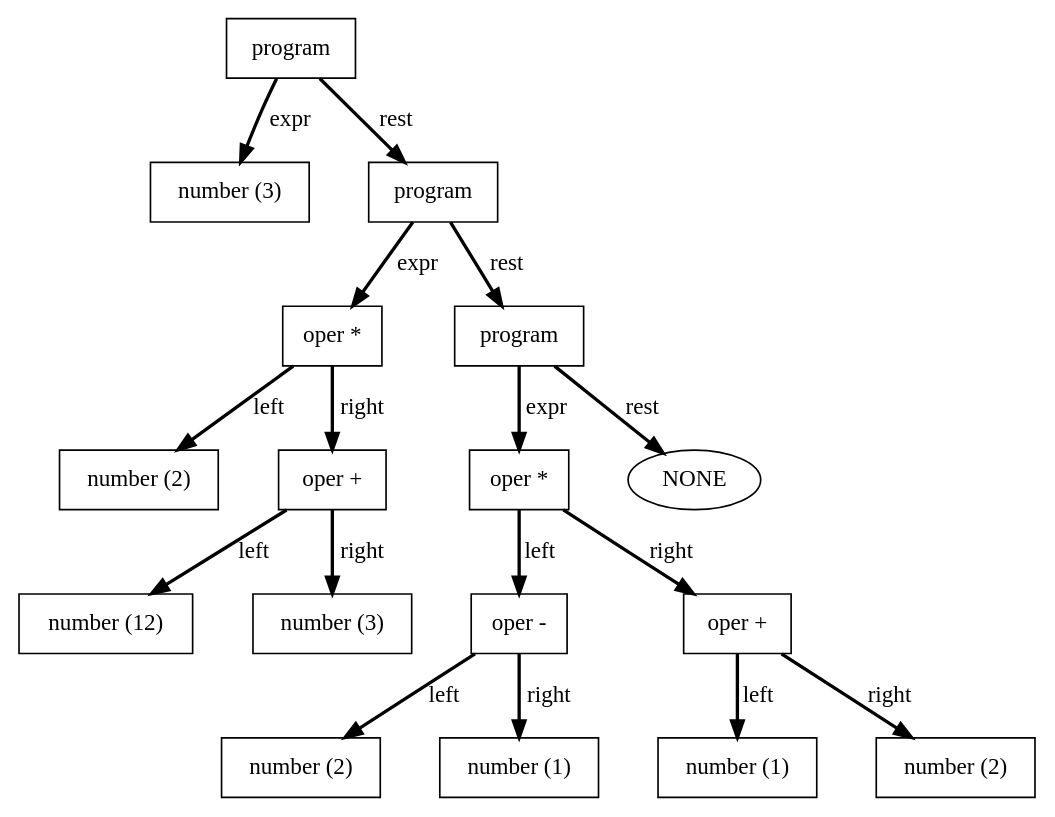
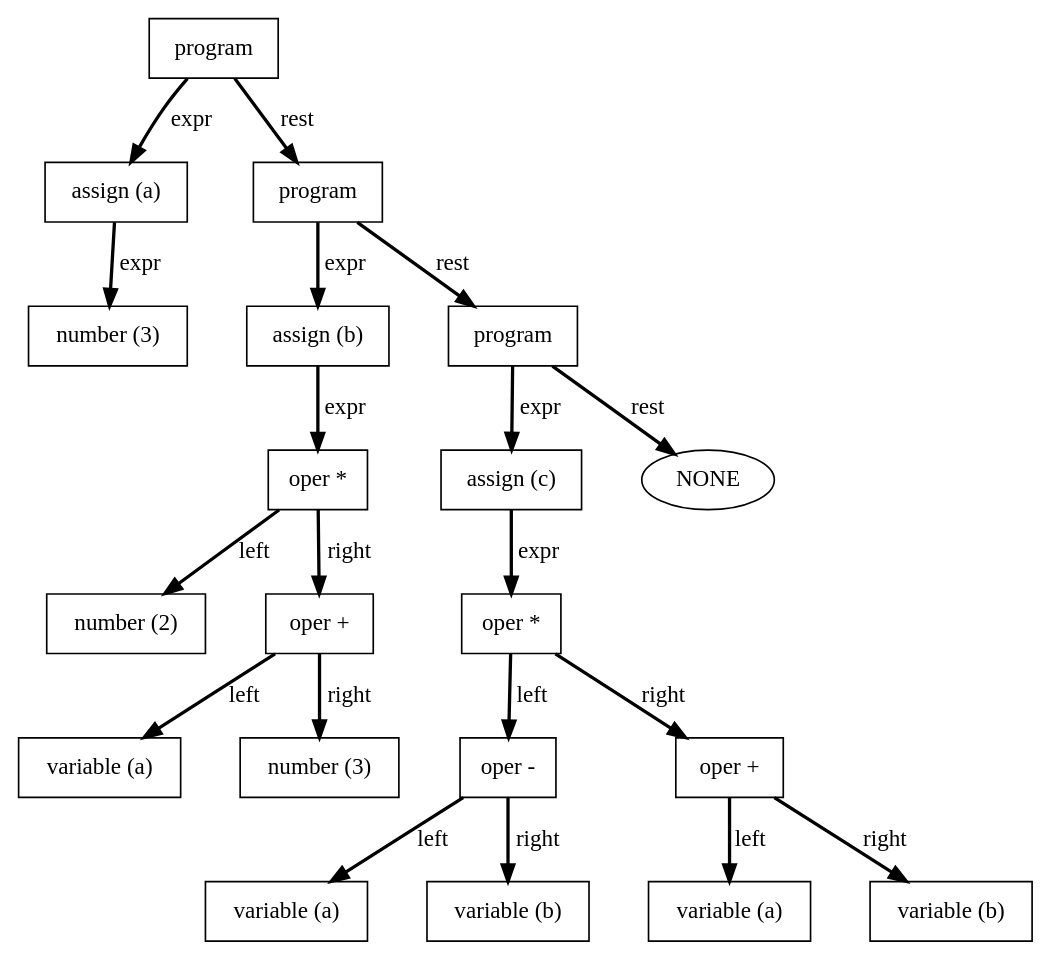
Before and after one commit to saurtm12/SpreadSheet_compiler: the diagram in simple-expression-example/test-g1.dot, drawn with Graphviz. The commit also changed 11 other files, not shown here.

```diff
--- a/simple-expression-example/test-g1.dot
+++ b/simple-expression-example/test-g1.dot
@@ -1,42 +1,48 @@
 digraph parsetree {
     ratio=fill
     node [shape="box"]
     edge [style=bold]
     ranksep=equally
     nodesep=0.5
     rankdir = TB
     clusterrank = local
 N0 [label="program"]
-N1 [label="number (3)"]
+N1 [label="assign (a)"]
+N2 [label="number (3)"]
+N1->N2 [label="expr"]
 N0->N1 [label="expr"]
-N2 [label="program"]
-N3 [label="oper *"]
-N4 [label="number (2)"]
-N3->N4 [label="left"]
-N5 [label="oper +"]
-N6 [label="number (12)"]
+N3 [label="program"]
+N4 [label="assign (b)"]
+N5 [label="oper *"]
+N6 [label="number (2)"]
 N5->N6 [label="left"]
-N7 [label="number (3)"]
+N7 [label="oper +"]
+N8 [label="variable (a)"]
+N7->N8 [label="left"]
+N9 [label="number (3)"]
+N7->N9 [label="right"]
 N5->N7 [label="right"]
-N3->N5 [label="right"]
-N2->N3 [label="expr"]
-N8 [label="program"]
-N9 [label="oper *"]
-N10 [label="oper -"]
-N11 [label="number (2)"]
-N10->N11 [label="left"]
-N12 [label="number (1)"]
-N10->N12 [label="right"]
-N9->N10 [label="left"]
-N13 [label="oper +"]
-N14 [label="number (1)"]
+N4->N5 [label="expr"]
+N3->N4 [label="expr"]
+N10 [label="program"]
+N11 [label="assign (c)"]
+N12 [label="oper *"]
+N13 [label="oper -"]
+N14 [label="variable (a)"]
 N13->N14 [label="left"]
-N15 [label="number (2)"]
+N15 [label="variable (b)"]
 N13->N15 [label="right"]
-N9->N13 [label="right"]
-N8->N9 [label="expr"]
-N16 [shape="ellipse", label="NONE"]
-N8->N16 [label="rest"]
-N2->N8 [label="rest"]
-N0->N2 [label="rest"]
+N12->N13 [label="left"]
+N16 [label="oper +"]
+N17 [label="variable (a)"]
+N16->N17 [label="left"]
+N18 [label="variable (b)"]
+N16->N18 [label="right"]
+N12->N16 [label="right"]
+N11->N12 [label="expr"]
+N10->N11 [label="expr"]
+N19 [shape="ellipse", label="NONE"]
+N10->N19 [label="rest"]
+N3->N10 [label="rest"]
+N0->N3 [label="rest"]
 }
```
